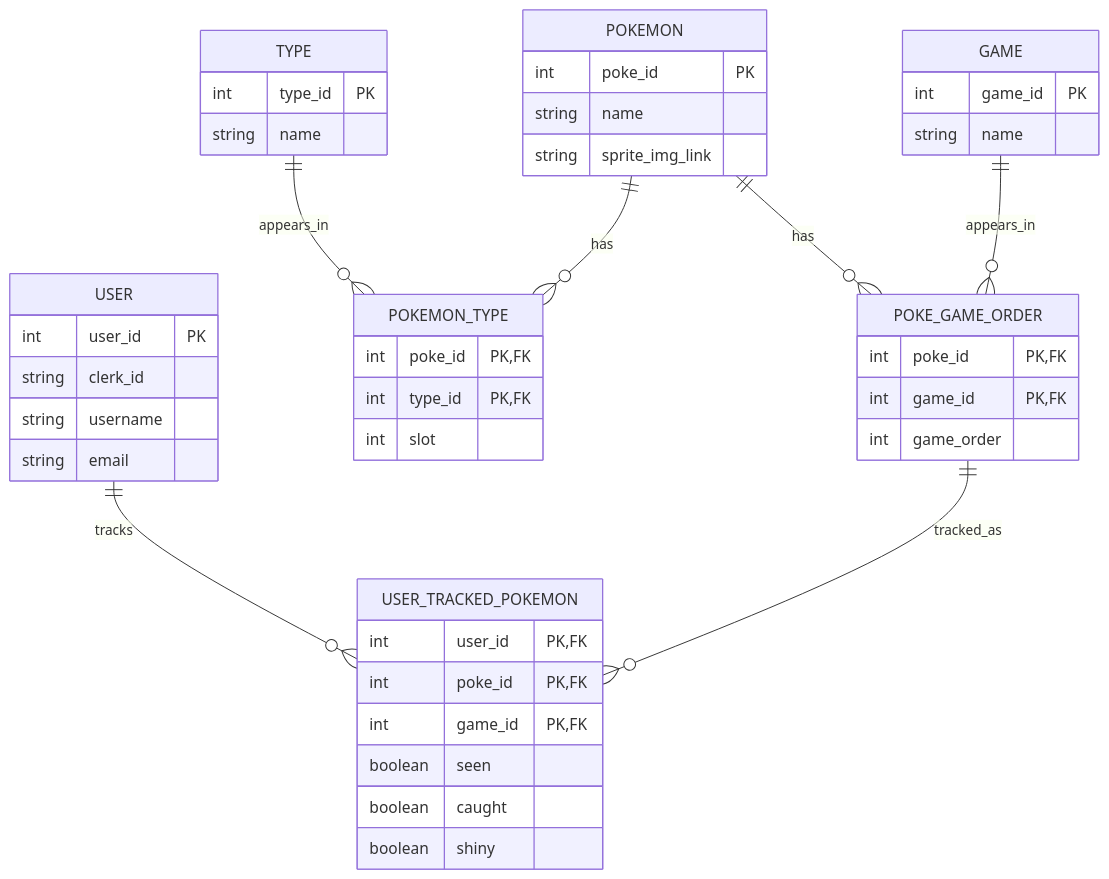
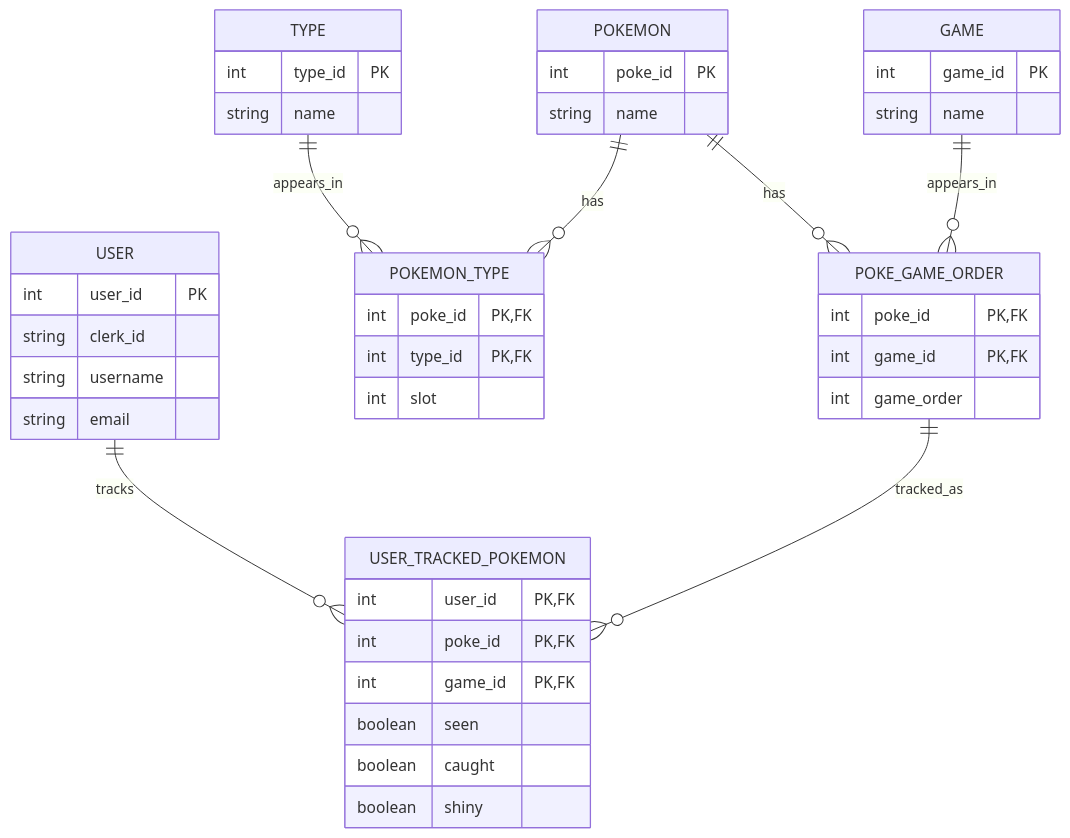
Before and after one commit to Kkiriya/LivingDex-Tracker: the diagram in README.md, drawn with Mermaid.

````diff
--- a/README.md
+++ b/README.md
@@ -13,64 +13,62 @@
 ```mermaid
 erDiagram
     USER {
         int user_id PK
         string clerk_id
         string username
         string email
     }
 
     %% Contains all information for pokemon tracked by a user
     USER_TRACKED_POKEMON {
         int user_id PK, FK
         int poke_id PK, FK
         int game_id PK, FK
         boolean seen
         boolean caught
         boolean shiny
     }
 
     POKEMON {
         int poke_id PK
-        string name
-        string sprite_img_link
-        
+        string name        
     }
 
     TYPE { 
         int type_id PK
         string name
     }
 
     POKEMON_TYPE {
         int poke_id PK, FK
         int type_id PK, FK
         int slot     
     }
 
     %% Represents each game
     %% One game entry per supported games
     GAME {
         int game_id PK
         string name
     }
 
     %% The dex order for a pokemon in a given Game
     %% Every game will have the same amount of these as there is dex entries
     POKE_GAME_ORDER {
         int poke_id PK, FK
         int game_id PK, FK
         %% enforce UNQIQUE(game_id, game_order)
         int game_order
     }
 
     POKEMON ||--o{ POKEMON_TYPE : has
     TYPE ||--o{ POKEMON_TYPE : appears_in
 
     GAME ||--o{ POKE_GAME_ORDER : appears_in
     POKEMON ||--o{ POKE_GAME_ORDER : has
 
     USER ||--o{ USER_TRACKED_POKEMON : tracks
     POKE_GAME_ORDER ||--o{ USER_TRACKED_POKEMON : tracked_as
 
     
 ```
````
